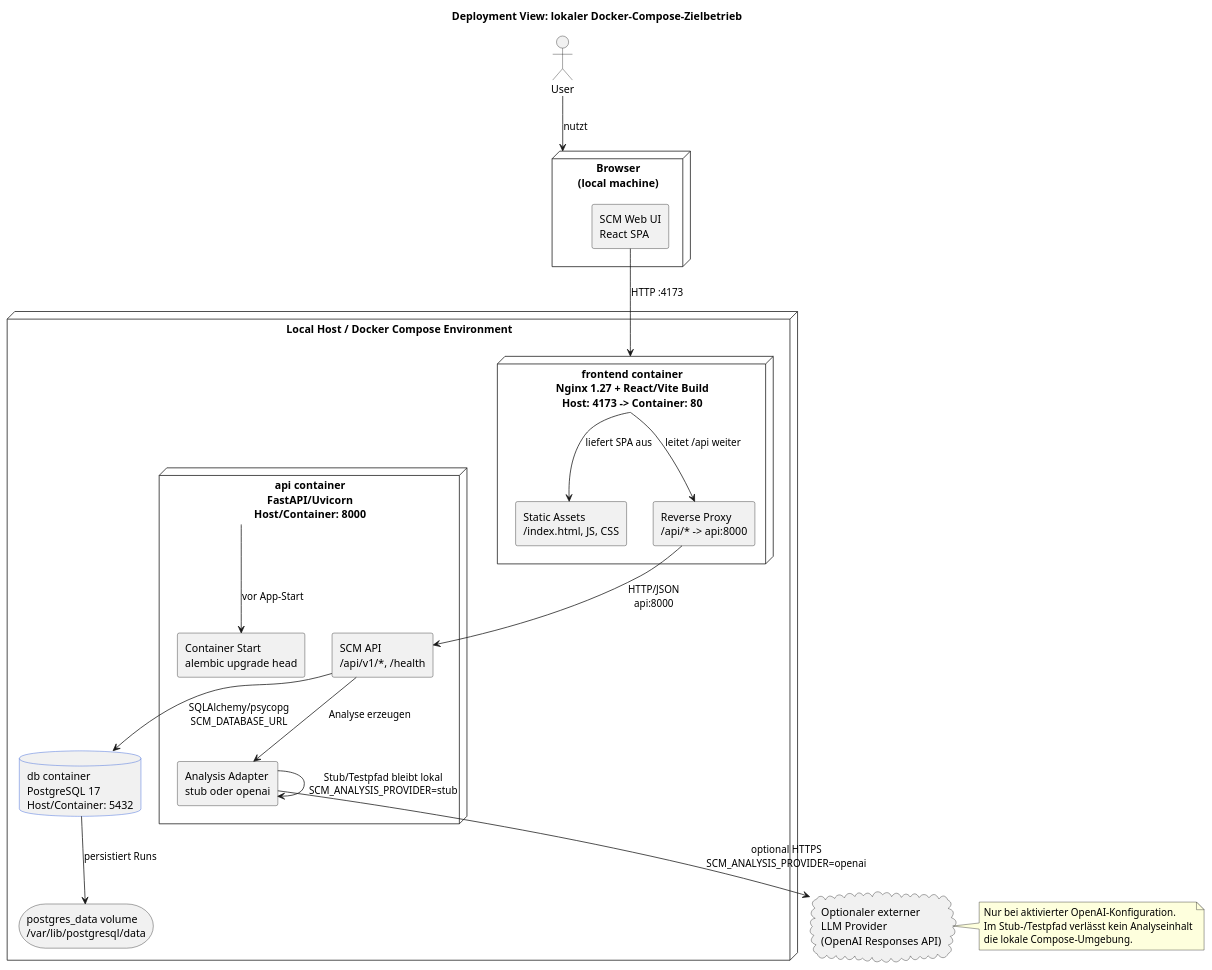
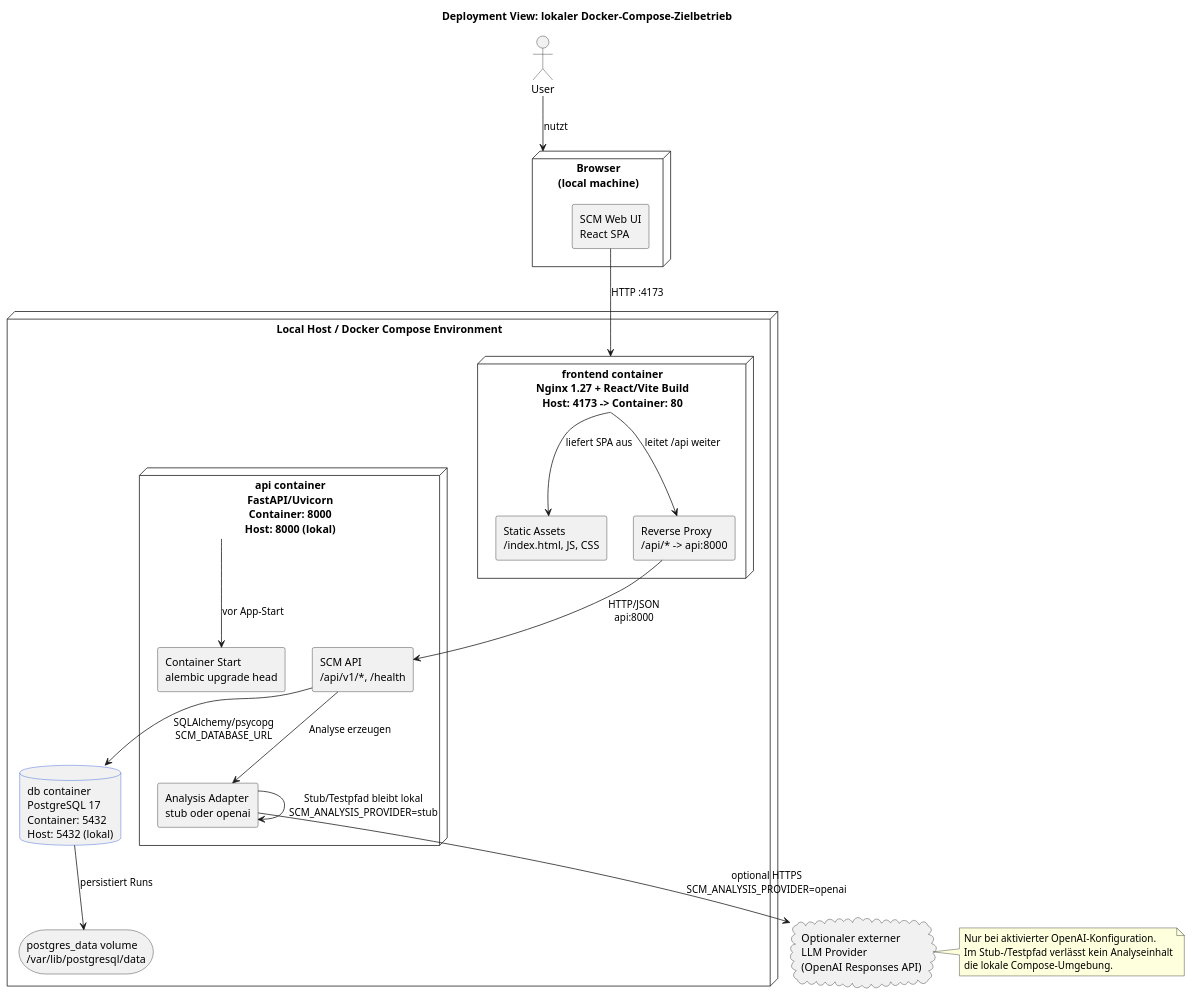
One commit to r0brt/scm-01 changed the diagram in docs/diagrams/deployment-compose.puml. Above: the diagram before and after it, drawn with PlantUML. The commit also changed 6 other files, not shown here.

```diff
--- a/docs/diagrams/deployment-compose.puml
+++ b/docs/diagrams/deployment-compose.puml
@@ -1,55 +1,55 @@
 @startuml
 title Deployment View: lokaler Docker-Compose-Zielbetrieb
 
 skinparam shadowing false
 skinparam componentStyle rectangle
 skinparam rectangle {
   BorderColor #1d4ed8
   FontColor #0f172a
 }
 skinparam database {
   BorderColor #1d4ed8
 }
 
 actor "User" as user
 node "Browser\n(local machine)" as browser {
   component "SCM Web UI\nReact SPA" as browser_ui
 }
 
 node "Local Host / Docker Compose Environment" as compose {
   node "frontend container\nNginx 1.27 + React/Vite Build\nHost: 4173 -> Container: 80" as frontend {
     component "Static Assets\n/index.html, JS, CSS" as static_assets
     component "Reverse Proxy\n/api/* -> api:8000" as reverse_proxy
   }
 
-  node "api container\nFastAPI/Uvicorn\nHost/Container: 8000" as api {
+  node "api container\nFastAPI/Uvicorn\nContainer: 8000\nHost: 8000 (lokal)" as api {
     component "Container Start\nalembic upgrade head" as migration
     component "SCM API\n/api/v1/*, /health" as api_app
     component "Analysis Adapter\nstub oder openai" as adapter
   }
 
-  database "db container\nPostgreSQL 17\nHost/Container: 5432" as db
+  database "db container\nPostgreSQL 17\nContainer: 5432\nHost: 5432 (lokal)" as db
   storage "postgres_data volume\n/var/lib/postgresql/data" as volume
 }
 
 cloud "Optionaler externer\nLLM Provider\n(OpenAI Responses API)" as llm
 
 user --> browser : nutzt
 browser_ui --> frontend : HTTP :4173
 frontend --> static_assets : liefert SPA aus
 frontend --> reverse_proxy : leitet /api weiter
 reverse_proxy --> api_app : HTTP/JSON\napi:8000
 api --> migration : vor App-Start
 api_app --> db : SQLAlchemy/psycopg\nSCM_DATABASE_URL
 db --> volume : persistiert Runs
 api_app --> adapter : Analyse erzeugen
 adapter --> llm : optional HTTPS\nSCM_ANALYSIS_PROVIDER=openai
 adapter --> adapter : Stub/Testpfad bleibt lokal\nSCM_ANALYSIS_PROVIDER=stub
 
 note right of llm
   Nur bei aktivierter OpenAI-Konfiguration.
   Im Stub-/Testpfad verlässt kein Analyseinhalt
   die lokale Compose-Umgebung.
 end note
 
 @enduml
```
